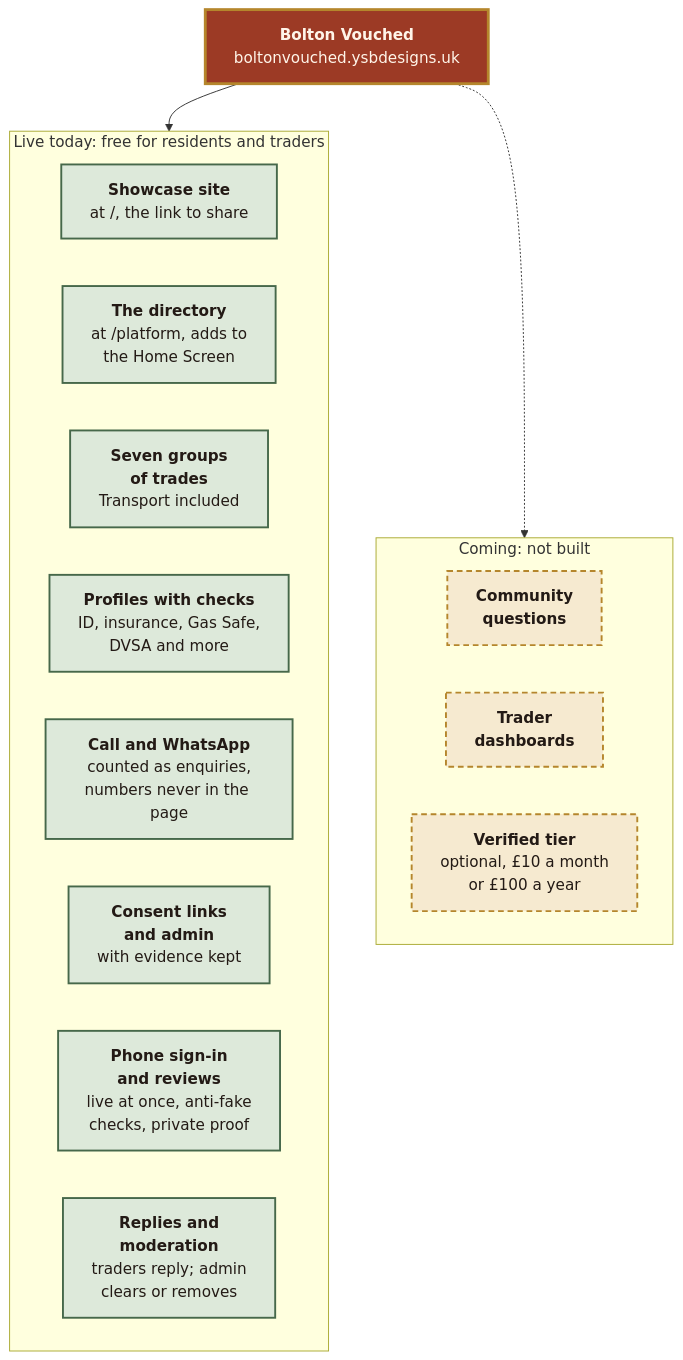
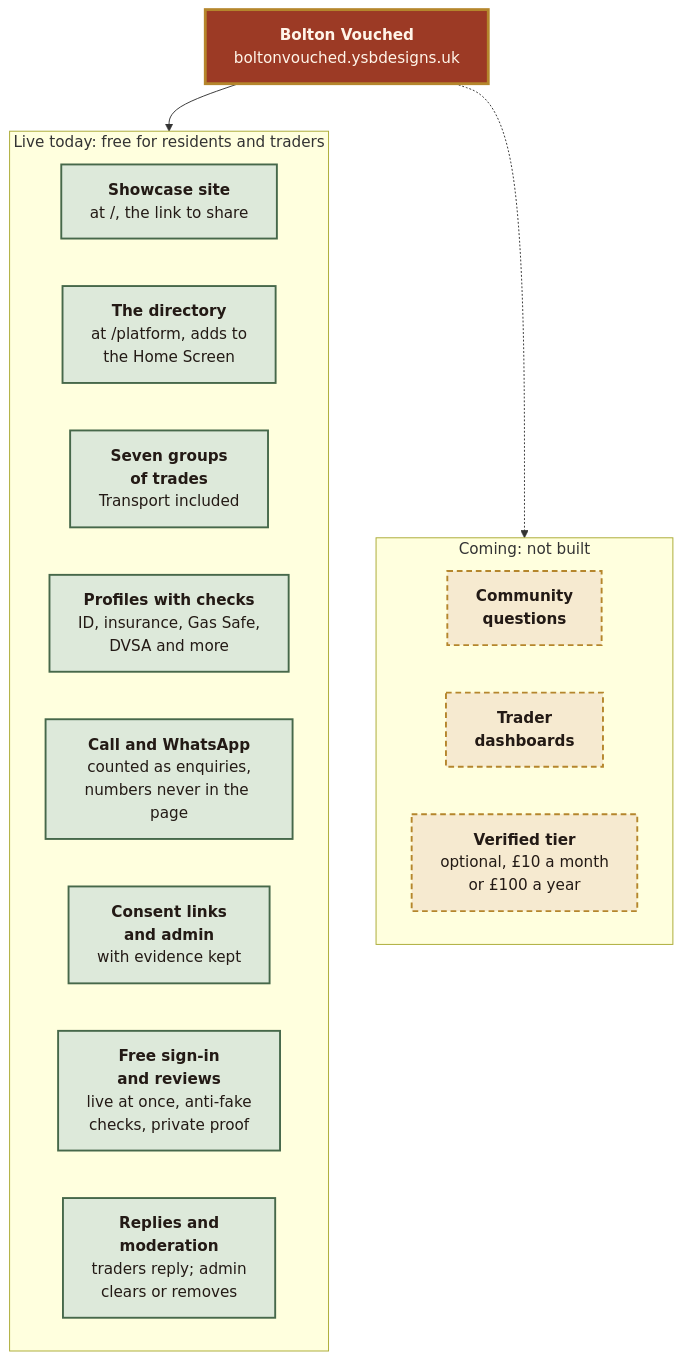
The diagram in assets/diagrams/02-live-and-coming.mmd (yameenbux/Boltontradesmen), drawn with Mermaid before and after one commit. The commit also changed 18 other files, not shown here.

```diff
--- a/assets/diagrams/02-live-and-coming.mmd
+++ b/assets/diagrams/02-live-and-coming.mmd
@@ -1,32 +1,32 @@
 flowchart TB
     APP["<b>Bolton Vouched</b><br/>boltonvouched.ysbdesigns.uk"]
 
     subgraph LIVE["Live today: free for residents and traders"]
         direction LR
         L1["<b>Showcase site</b><br/>at /, the link to share"]
         L2["<b>The directory</b><br/>at /platform, adds to<br/>the Home Screen"]
         L3["<b>Seven groups<br/>of trades</b><br/>Transport included"]
         L4["<b>Profiles with checks</b><br/>ID, insurance, Gas Safe,<br/>DVSA and more"]
         L5["<b>Call and WhatsApp</b><br/>counted as enquiries,<br/>numbers never in the page"]
         L6["<b>Consent links<br/>and admin</b><br/>with evidence kept"]
-        L7["<b>Phone sign-in<br/>and reviews</b><br/>live at once, anti-fake<br/>checks, private proof"]
+        L7["<b>Free sign-in<br/>and reviews</b><br/>live at once, anti-fake<br/>checks, private proof"]
         L8["<b>Replies and<br/>moderation</b><br/>traders reply; admin<br/>clears or removes"]
     end
 
     subgraph NEXT["Coming: not built"]
         direction LR
         N2["<b>Community<br/>questions</b>"]
         N3["<b>Trader<br/>dashboards</b>"]
         N4["<b>Verified tier</b><br/>optional, £10 a month<br/>or £100 a year"]
     end
 
     APP --> LIVE
     APP -.-> NEXT
 
     classDef core fill:#9C3A25,stroke:#B5862C,stroke-width:3px,color:#FFF5E9
     classDef live fill:#DDE9DA,stroke:#46684A,stroke-width:2px,color:#231A15
     classDef dev fill:#F6EAD0,stroke:#B5862C,stroke-width:2px,stroke-dasharray:6 4,color:#231A15
     classDef ext fill:#EFE5D7,stroke:#97887C,stroke-width:1.5px,color:#231A15
     class APP core
     class L1,L2,L3,L4,L5,L6,L7,L8 live
     class N2,N3,N4 dev
```
